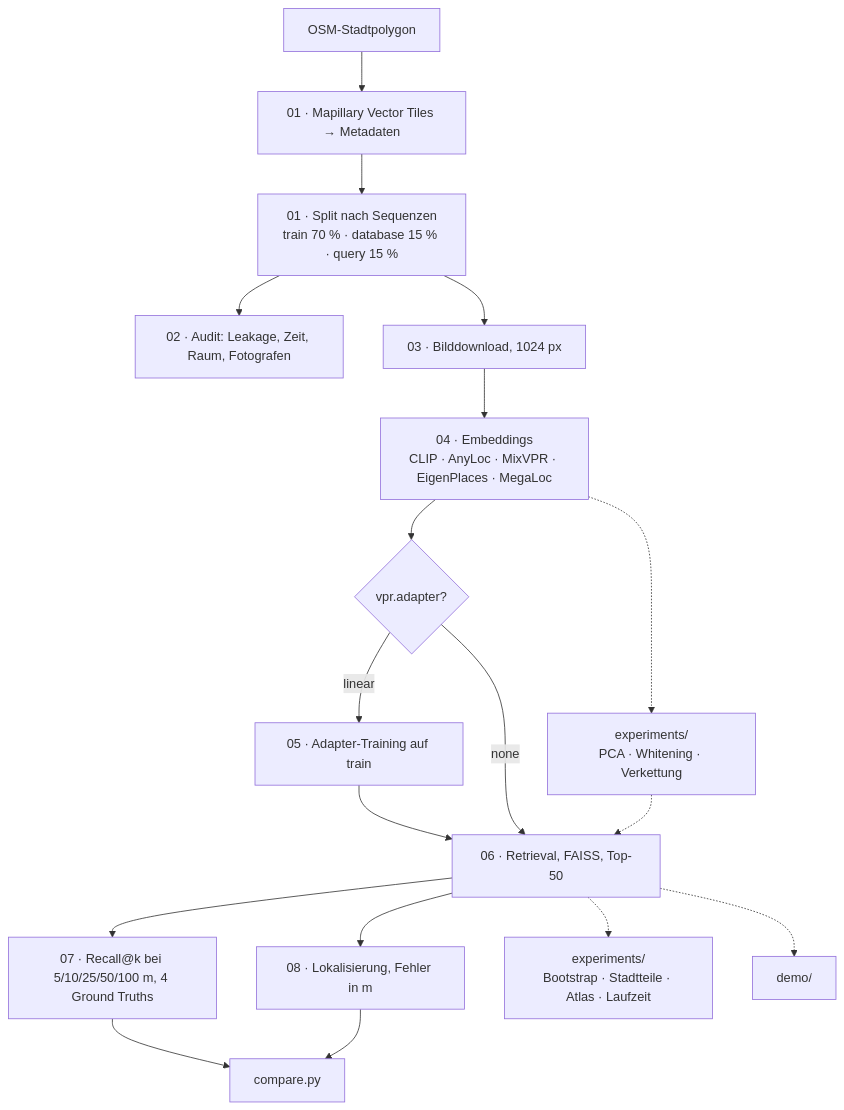
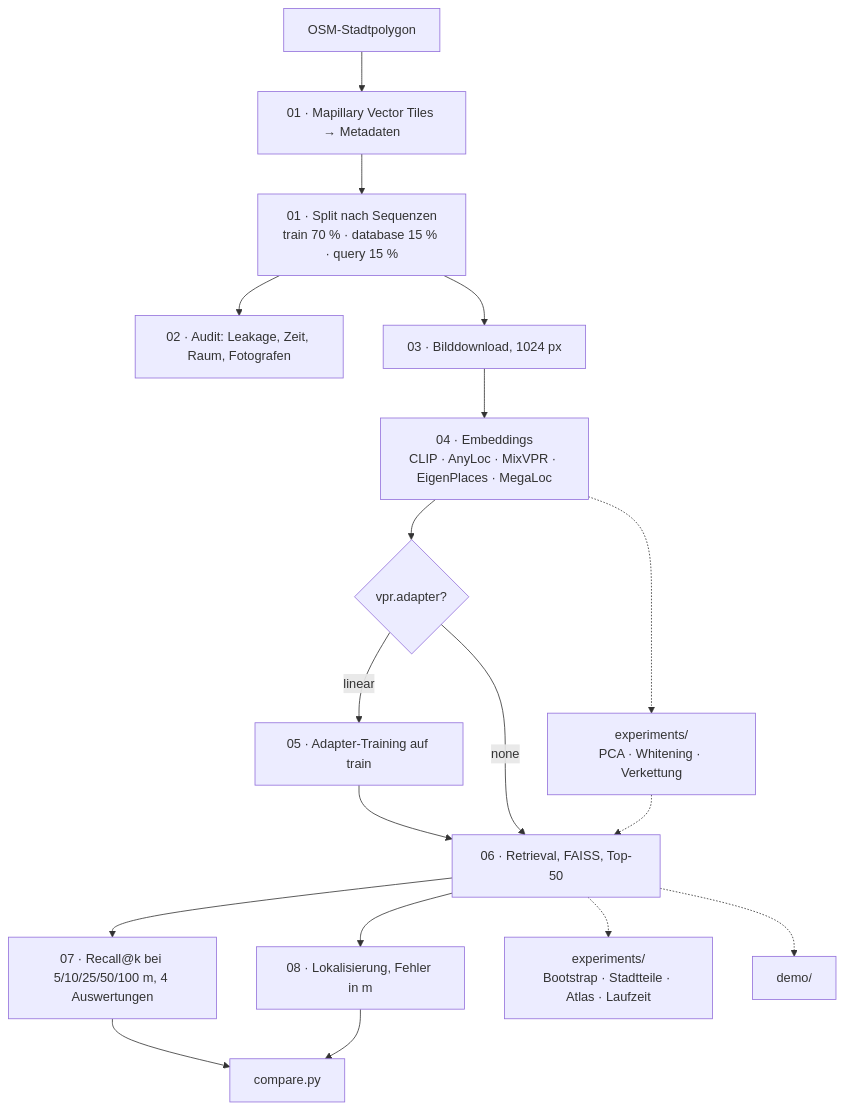
The diagram in README.md (nbomers/VisualPlaceRecognition), drawn with Mermaid before and after one commit. The commit also changed other lines of this file and 47 other files, not shown here.

````diff
--- a/README.md
+++ b/README.md
@@ -289,20 +289,20 @@
 ```mermaid
 flowchart TD
     A[OSM-Stadtpolygon] --> B[01 · Mapillary Vector Tiles → Metadaten]
     B --> C[01 · Split nach Sequenzen<br/>train 70 % · database 15 % · query 15 %]
     C --> D[02 · Audit: Leakage, Zeit, Raum, Fotografen]
     C --> E[03 · Bilddownload, 1024 px]
     E --> F[04 · Embeddings<br/>CLIP · AnyLoc · MixVPR · EigenPlaces · MegaLoc]
     F --> G{vpr.adapter?}
     G -- linear --> H[05 · Adapter-Training auf train]
     H --> I
     G -- none --> I[06 · Retrieval, FAISS, Top-50]
     F -.-> X[experiments/<br/>PCA · Whitening · Verkettung]
     X -.-> I
-    I --> J[07 · Recall@k bei 5/10/25/50/100 m, 4 Ground Truths]
+    I --> J[07 · Recall@k bei 5/10/25/50/100 m, 4 Auswertungen]
     I --> K[08 · Lokalisierung, Fehler in m]
     J --> L[compare.py]
     K --> L
     I -.-> M[experiments/<br/>Bootstrap · Stadtteile · Atlas · Laufzeit]
     I -.-> N[demo/]
 ```
````
